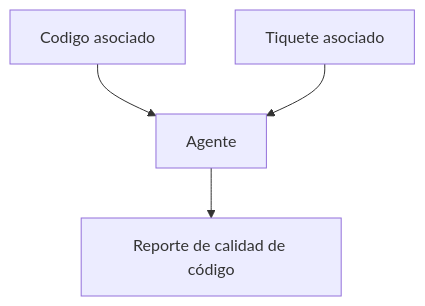
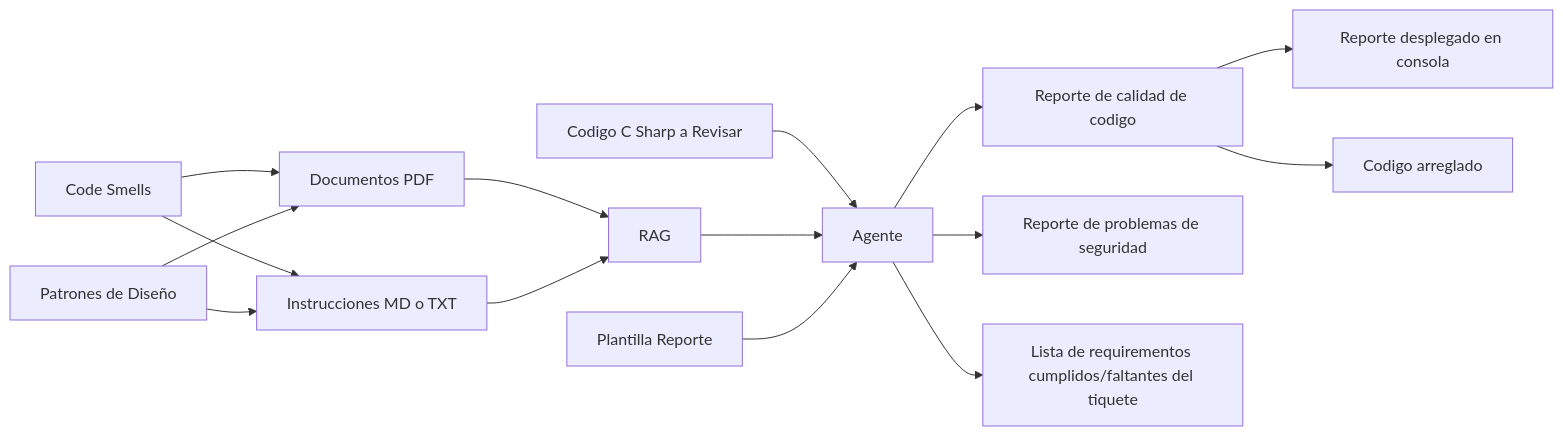
One commit to Aeacosta/CursoAgentes changed the third of 3 diagrams in IdeasAgentes.md. Above: the diagram before and after it, drawn with Mermaid. The commit also changed other lines of this file and 23 other files, not shown here.

````diff
--- a/IdeasAgentes.md
+++ b/IdeasAgentes.md
@@ -493,6 +493,17 @@
 ```mermaid
-flowchart TD
-A[Codigo asociado] --> B[Agente]
-C[Tiquete asociado] --> B
-B --> D[Reporte de calidad de código]
+flowchart LR
+A[Codigo C Sharp a Revisar] --> B[Agente]
+C[RAG] --> B
+B --> D[Reporte de calidad de codigo]
+B --> L[Reporte de problemas de seguridad]
+B --> M[Lista de requirementos cumplidos/faltantes del tiquete]
+E[Documentos PDF] --> C
+F[Instrucciones MD o TXT] --> C
+G[Plantilla Reporte] --> B
+H[Code Smells] --> E
+H --> F
+I[Patrones de Diseño] --> E
+I --> F
+D --> J[Reporte desplegado en consola]
+D --> K[Codigo arreglado]
 ```
````
